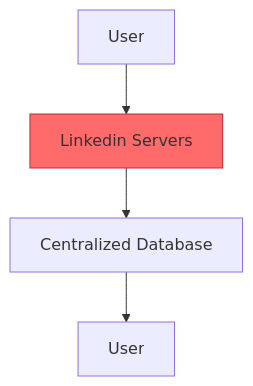
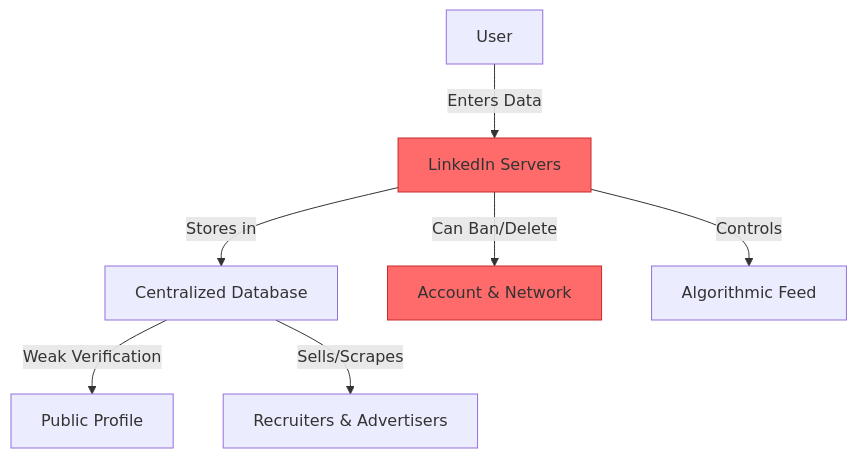
Before and after one commit to Elvatar2/Web2-To-Web3-Migration-Guide: the first of 2 diagrams in 06-identity/02-linkedin-to-sbt-reputation.md, drawn with Mermaid. The commit also changed other lines of this file, not shown here.

````diff
--- a/06-identity/02-linkedin-to-sbt-reputation.md
+++ b/06-identity/02-linkedin-to-sbt-reputation.md
@@ -52,8 +62,12 @@
 ```mermaid
 graph TB
-    A[User] --> B[Linkedin Servers]
-    B --> C[Centralized Database]
-    C --> D[User]
+    A[User] -->|Enters Data| B[LinkedIn Servers]
+    B -->|Stores in| C[Centralized Database]
+    C -->|Weak Verification| D[Public Profile]
+    C -->|Sells/Scrapes| E[Recruiters & Advertisers]
+    B -->|Can Ban/Delete| F[Account & Network]
+    B -->|Controls| G[Algorithmic Feed]
 
     style B fill:#ff6b6b,stroke:#c92a2a
+    style F fill:#ff6b6b,stroke:#c92a2a
 ```
````
